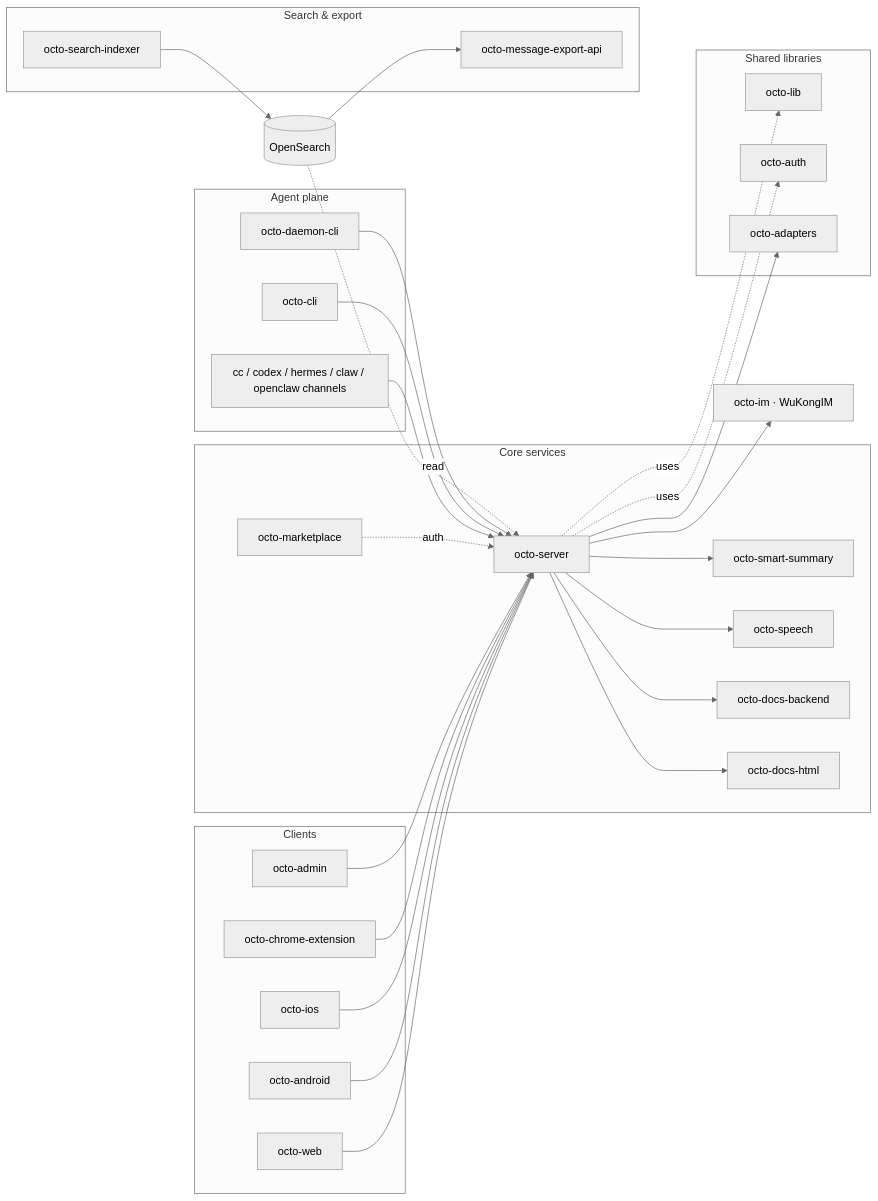
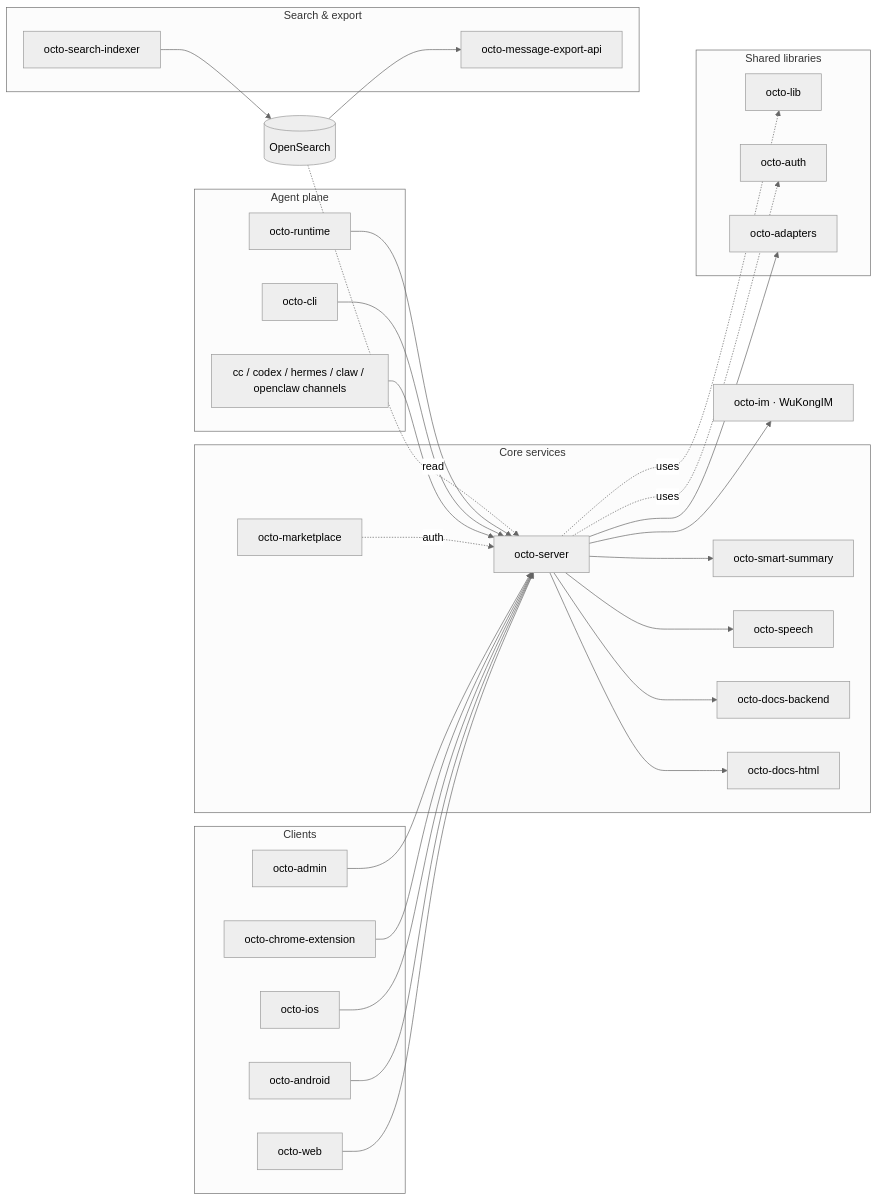
The diagram in ecosystem/repository-guide.mdx (Mininglamp-OSS/octo-docs), drawn with Mermaid (neutral theme) before and after one commit. The commit also changed other lines of this file and 9 other files, not shown here.

````diff
--- a/ecosystem/repository-guide.mdx
+++ b/ecosystem/repository-guide.mdx
@@ -13,55 +13,55 @@
 ```mermaid
 graph LR
   subgraph clients["Clients"]
     web[octo-web]
     android[octo-android]
     ios[octo-ios]
     ext[octo-chrome-extension]
     adm[octo-admin]
   end
   subgraph coregrp["Core services"]
     server[octo-server]
     summary[octo-smart-summary]
     speech[octo-speech]
     market[octo-marketplace]
     dbe[octo-docs-backend]
     dhtml[octo-docs-html]
   end
   im[octo-im · WuKongIM]
   osx[(OpenSearch)]
   subgraph searchgrp["Search & export"]
     idx[octo-search-indexer]
     exp[octo-message-export-api]
   end
   subgraph agentgrp["Agent plane"]
     channels[cc / codex / hermes / claw / openclaw channels]
     cli[octo-cli]
-    daemon[octo-daemon-cli]
+    runtime[octo-runtime]
   end
   subgraph sharedgrp["Shared libraries"]
     lib[octo-lib]
     auth[octo-auth]
     adapters[octo-adapters]
   end
 
   web --> server
   android --> server
   ios --> server
   ext --> server
   adm --> server
   server --> im
   server --> summary
   server --> speech
   market -.auth.-> server
   server --> dbe
   server --> dhtml
   channels --> server
   cli --> server
-  daemon --> server
+  runtime --> server
   idx --> osx
   osx -.read.-> server
   osx --> exp
   server -.uses.-> lib
   server -.uses.-> auth
   server --> adapters
 ```
````
